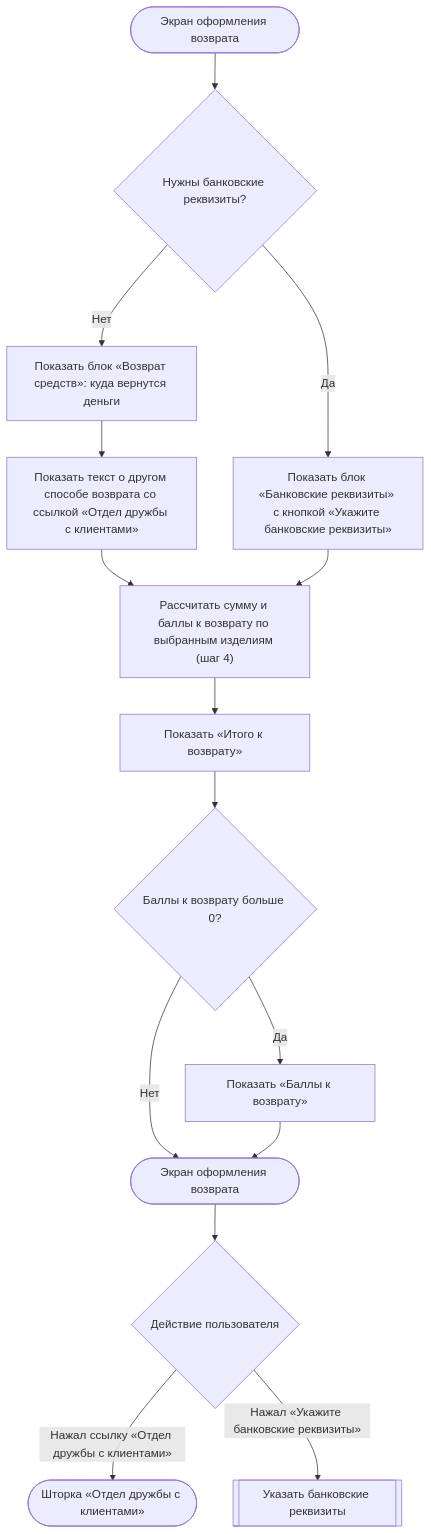
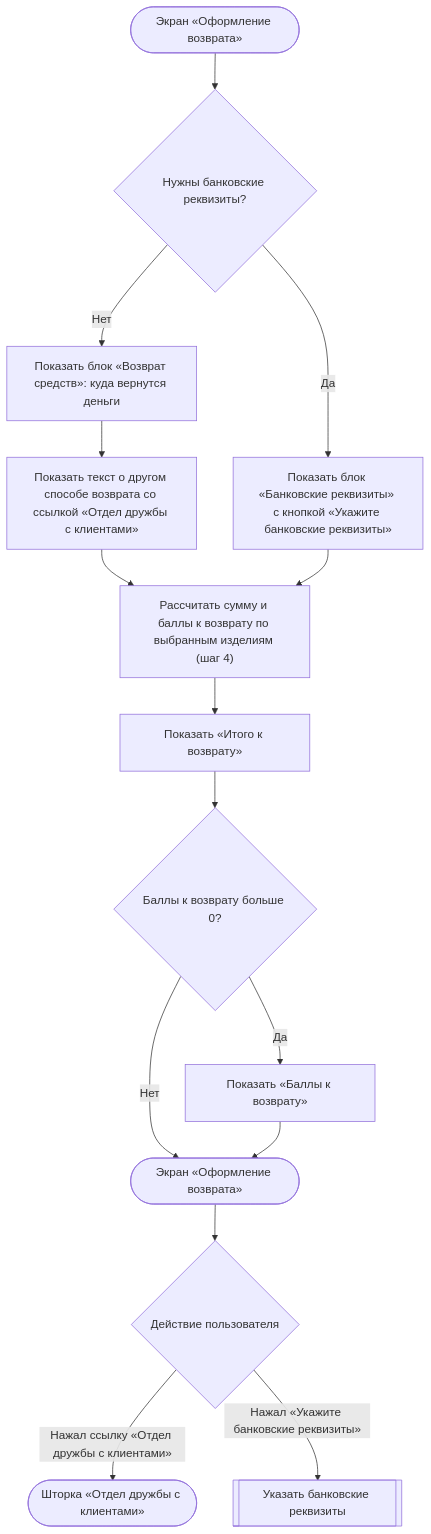
Diagram 15 of 22 in projects/returns-2.0/requirements/srs/srs-mobile-mvp.md (Terinss155/opencode-agents-analysis), drawn with Mermaid before and after one commit. The commit also changed other lines of this file and 4 other files, not shown here.

````diff
--- a/projects/returns-2.0/requirements/srs/srs-mobile-mvp.md
+++ b/projects/returns-2.0/requirements/srs/srs-mobile-mvp.md
@@ -1060,17 +1059,17 @@
 ```mermaid
 flowchart TD
-    S([Экран оформления возврата]) --> A{"Нужны банковские реквизиты?"}
+    S([Экран «Оформление возврата»]) --> A{"Нужны банковские реквизиты?"}
     A -->|Нет| B["Показать блок «Возврат средств»: куда вернутся деньги"]
     B --> B1["Показать текст о другом способе возврата со ссылкой «Отдел дружбы с клиентами»"]
     B1 --> T0
     A -->|Да| C["Показать блок «Банковские реквизиты» с кнопкой «Укажите банковские реквизиты»"]
     C --> T0["Рассчитать сумму и баллы к возврату по выбранным изделиям (шаг 4)"]
     T0 --> T["Показать «Итого к возврату»"]
     T --> P{"Баллы к возврату больше 0?"}
     P -->|Да| P1["Показать «Баллы к возврату»"]
     P -->|Нет| Z
-    P1 --> Z([Экран оформления возврата])
+    P1 --> Z([Экран «Оформление возврата»])
     Z --> L{"Действие пользователя"}
     L -->|Нажал ссылку «Отдел дружбы с клиентами»| W(["Шторка «Отдел дружбы с клиентами»"])
     L -->|Нажал «Укажите банковские реквизиты»| R[["Указать банковские реквизиты"]]
 ```
````
